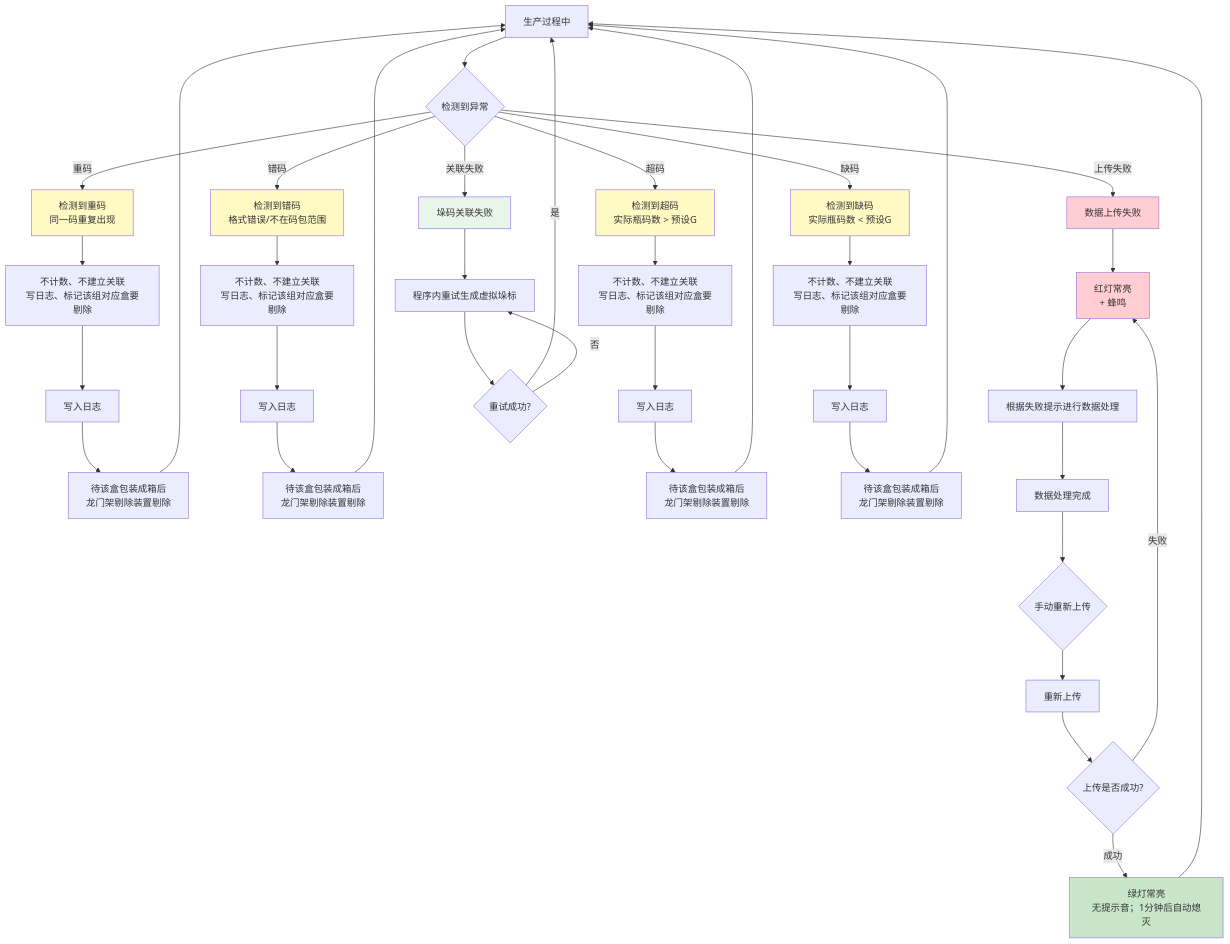
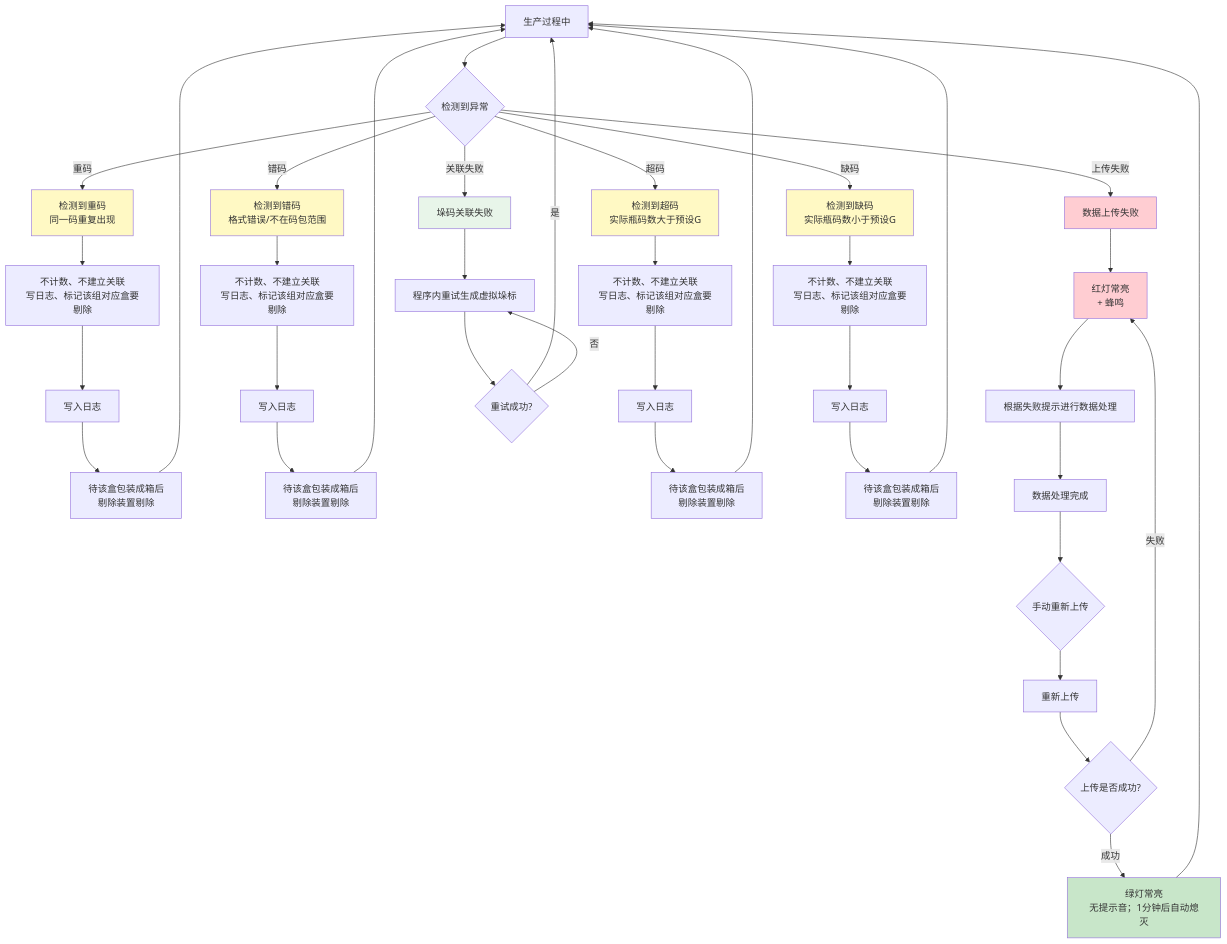
One commit to chenshuhuai-miduo/ProductionTool-shiwan changed the third of 3 diagrams in .requirement/V1.2石湾产线采集关联/赋码采集关联系统T1.2.0（石湾版）- AI文档.md. Above: the diagram before and after it, drawn with Mermaid. The commit also changed other lines of this file and 3 other files, not shown here.

````diff
--- a/.requirement/V1.2石湾产线采集关联/赋码采集关联系统T1.2.0（石湾版）- AI文档.md
+++ b/.requirement/V1.2石湾产线采集关联/赋码采集关联系统T1.2.0（石湾版）- AI文档.md
@@ -451,56 +451,56 @@
 ```mermaid
 graph TD
     Start[生产过程中] --> DetectError{检测到异常}
     
     DetectError -->|重码| DuplicateCode[检测到重码<br/>同一码重复出现]
     DetectError -->|错码| WrongCode[检测到错码<br/>格式错误/不在码包范围]
-    DetectError -->|超码| OverCode[检测到超码<br/>实际瓶码数 > 预设G]
-    DetectError -->|缺码| UnderCode[检测到缺码<br/>实际瓶码数 < 预设G]
+    DetectError -->|超码| OverCode[检测到超码<br/>实际瓶码数大于预设G]
+    DetectError -->|缺码| UnderCode[检测到缺码<br/>实际瓶码数小于预设G]
     DetectError -->|关联失败| AssociateFail[垛码关联失败]
     DetectError -->|上传失败| UploadFail[数据上传失败]
     
     DuplicateCode --> MarkBox1[不计数、不建立关联<br/>写日志、标记该组对应盒要剔除]
     MarkBox1 --> Log1[写入日志]
-    Log1 --> Log1End[待该盒包装成箱后<br/>龙门架剔除装置剔除]
+    Log1 --> Log1End[待该盒包装成箱后<br/>剔除装置剔除]
     
     WrongCode --> MarkBox2[不计数、不建立关联<br/>写日志、标记该组对应盒要剔除]
     MarkBox2 --> Log2[写入日志]
-    Log2 --> Log2End[待该盒包装成箱后<br/>龙门架剔除装置剔除]
+    Log2 --> Log2End[待该盒包装成箱后<br/>剔除装置剔除]
     
     OverCode --> MarkBox3[不计数、不建立关联<br/>写日志、标记该组对应盒要剔除]
     MarkBox3 --> Log3[写入日志]
-    Log3 --> Log3End[待该盒包装成箱后<br/>龙门架剔除装置剔除]
+    Log3 --> Log3End[待该盒包装成箱后<br/>剔除装置剔除]
     
     UnderCode --> MarkBox4[不计数、不建立关联<br/>写日志、标记该组对应盒要剔除]
     MarkBox4 --> Log4[写入日志]
-    Log4 --> Log4End[待该盒包装成箱后<br/>龙门架剔除装置剔除]
+    Log4 --> Log4End[待该盒包装成箱后<br/>剔除装置剔除]
     
     AssociateFail --> RetryGen[程序内重试生成虚拟垛标]
     RetryGen --> RetryCheck{重试成功?}
     RetryCheck -->|是| Start
     RetryCheck -->|否| RetryGen
     
     UploadFail --> RedLight[红灯常亮<br/>+ 蜂鸣]
     RedLight --> DataProcess[根据失败提示进行数据处理]
     DataProcess --> DataProcessEnd[数据处理完成]
     DataProcessEnd --> ManualRetry{手动重新上传}
     ManualRetry --> RetryUpload[重新上传]
     RetryUpload --> CheckRetry{上传是否成功?}
     CheckRetry -->|成功| GreenLight[绿灯常亮<br/>无提示音；1分钟后自动熄灭]
     CheckRetry -->|失败| RedLight
     
     Log1End --> Start
     Log2End --> Start
     Log3End --> Start
     Log4End --> Start
     GreenLight --> Start
     
     style DuplicateCode fill:#fff9c4
     style WrongCode fill:#fff9c4
     style OverCode fill:#fff9c4
     style UnderCode fill:#fff9c4
     style AssociateFail fill:#e8f5e9
     style UploadFail fill:#ffcdd2
     style RedLight fill:#ffcdd2
     style GreenLight fill:#c8e6c9
 ```
````
